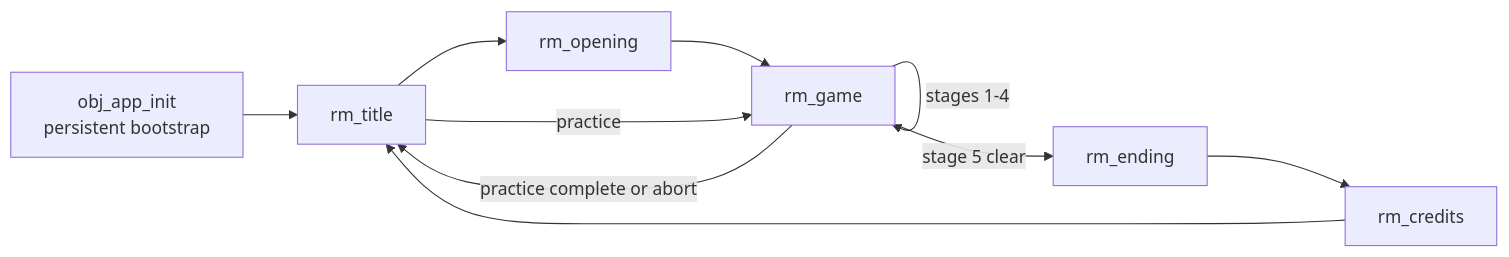
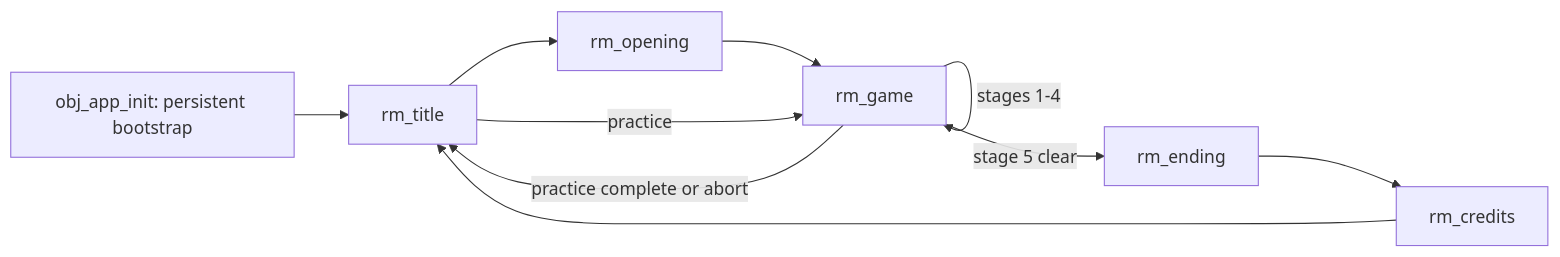
One commit to magicalfeyfenny/selkies-moon changed the diagram in docs/ARCHITECTURE.md. Above: the diagram before and after it, drawn with Mermaid. The commit also changed other lines of this file and 10 other files, not shown here.

````diff
--- a/docs/ARCHITECTURE.md
+++ b/docs/ARCHITECTURE.md
@@ -7,12 +28,12 @@
-~~~mermaid
+```mermaid
 flowchart LR
-    Boot["obj_app_init<br/>persistent bootstrap"] --> Title["rm_title"]
+    Boot["obj_app_init: persistent bootstrap"] --> Title["rm_title"]
     Title --> Opening["rm_opening"]
     Opening --> Game["rm_game"]
     Game -->|stages 1-4| Game
     Game -->|stage 5 clear| Ending["rm_ending"]
     Ending --> Credits["rm_credits"]
     Credits --> Title
     Title -->|practice| Game
     Game -->|practice complete or abort| Title
-~~~
+```
````
